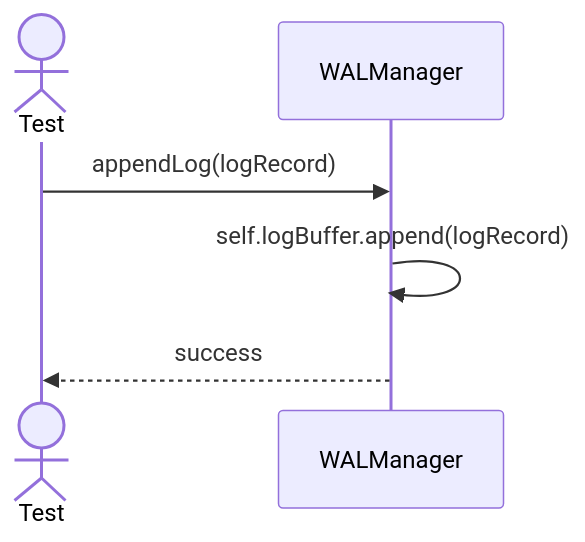
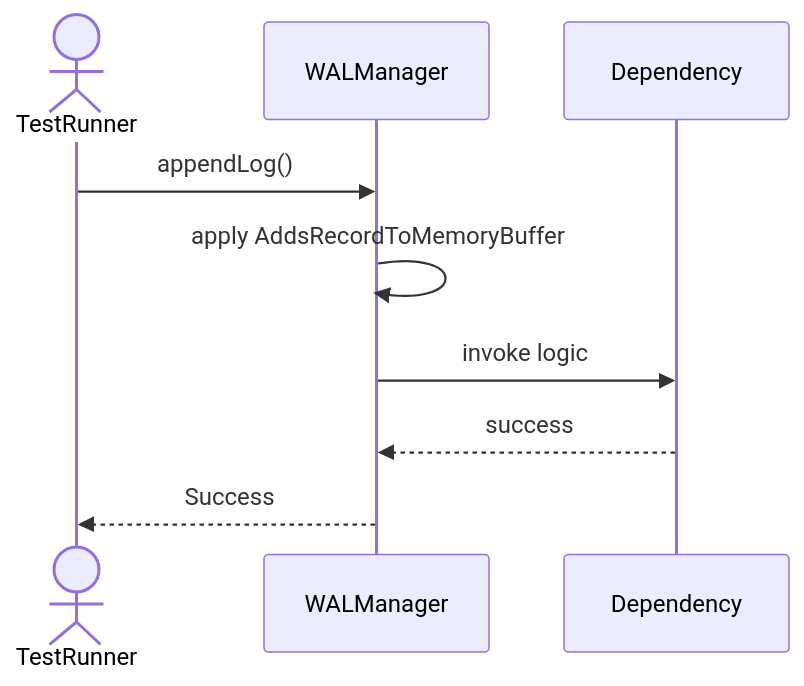
The first of 7 diagrams in Sequences/BackupDurability/WALManager.md (TamBui1706/DBMS), drawn with Mermaid before and after one commit. The commit also changed other lines of this file and 63 other files, not shown here.

Commit message:
Draw sequence diagram for unit tests

````diff
--- a/Sequences/BackupDurability/WALManager.md
+++ b/Sequences/BackupDurability/WALManager.md
@@ -15,9 +20,10 @@
 ```mermaid
 sequenceDiagram
-    actor Test
+    actor TestRunner
     participant WALManager
-
-    Test->>WALManager: appendLog(logRecord)
-    WALManager->>WALManager: self.logBuffer.append(logRecord)
-    WALManager-->>Test: success
+    TestRunner->>WALManager: appendLog()
+    WALManager->>WALManager: apply AddsRecordToMemoryBuffer
+    WALManager->>Dependency: invoke logic
+    Dependency-->>WALManager: success
+    WALManager-->>TestRunner: Success
 ```
````
